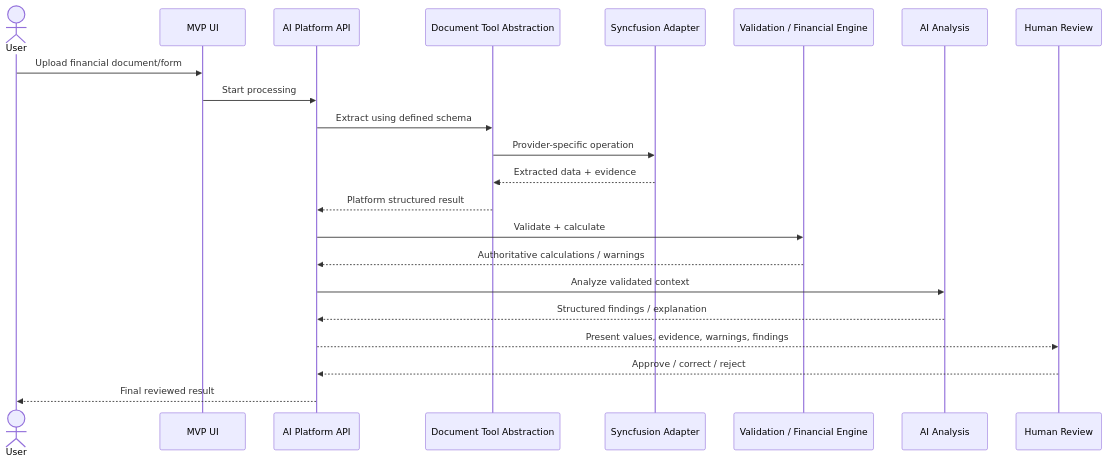
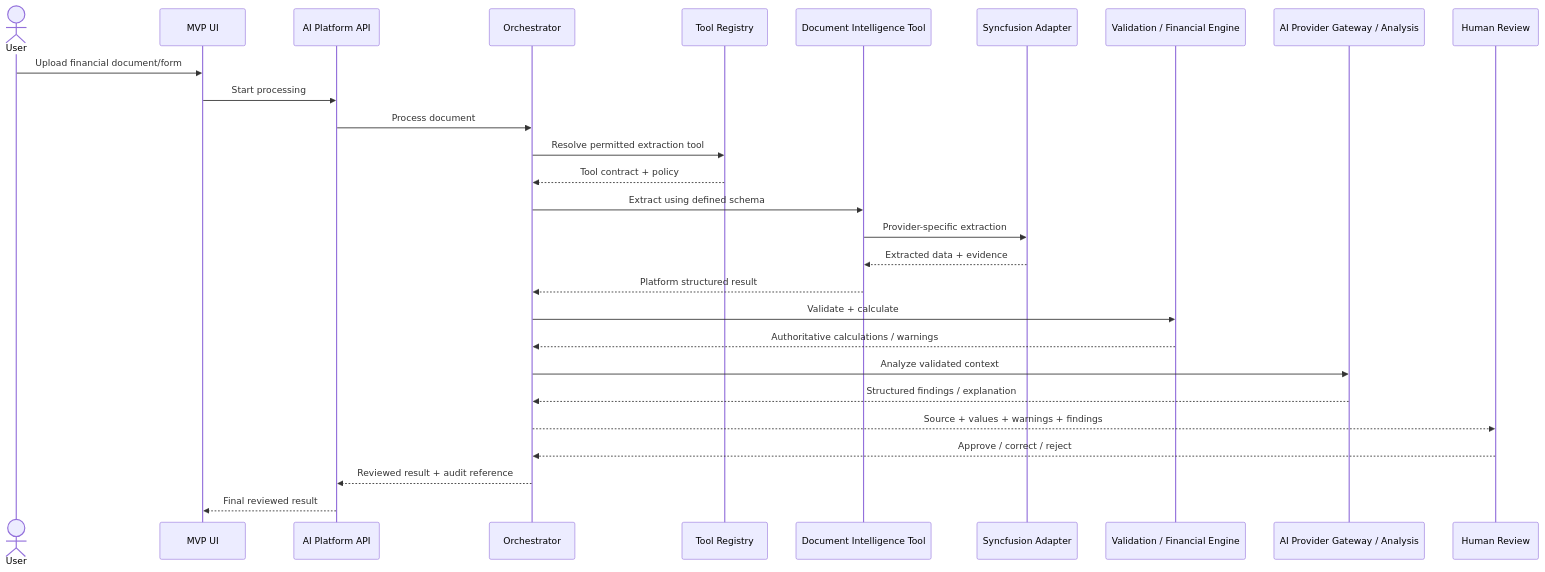
The sixth of 6 diagrams in docs/architecture/Document-Financial-Intelligence.md (Milancho/ai-engineering-playbook), drawn with Mermaid before and after one commit. The commit also changed other lines of this file, not shown here.

Commit message:
docs: refine MVP architecture with tool registry and AI experience boundaries

````diff
--- a/docs/architecture/Document-Financial-Intelligence.md
+++ b/docs/architecture/Document-Financial-Intelligence.md
@@ -102,25 +172,31 @@
 ```mermaid
 sequenceDiagram
     actor User
     participant UI as MVP UI
     participant API as AI Platform API
-    participant Doc as Document Tool Abstraction
+    participant O as Orchestrator
+    participant R as Tool Registry
+    participant Doc as Document Intelligence Tool
     participant SF as Syncfusion Adapter
     participant Val as Validation / Financial Engine
-    participant AI as AI Analysis
+    participant AI as AI Provider Gateway / Analysis
     participant Review as Human Review
 
     User->>UI: Upload financial document/form
     UI->>API: Start processing
-    API->>Doc: Extract using defined schema
-    Doc->>SF: Provider-specific operation
+    API->>O: Process document
+    O->>R: Resolve permitted extraction tool
+    R-->>O: Tool contract + policy
+    O->>Doc: Extract using defined schema
+    Doc->>SF: Provider-specific extraction
     SF-->>Doc: Extracted data + evidence
-    Doc-->>API: Platform structured result
-    API->>Val: Validate + calculate
-    Val-->>API: Authoritative calculations / warnings
-    API->>AI: Analyze validated context
-    AI-->>API: Structured findings / explanation
-    API-->>Review: Present values, evidence, warnings, findings
-    Review-->>API: Approve / correct / reject
-    API-->>User: Final reviewed result
+    Doc-->>O: Platform structured result
+    O->>Val: Validate + calculate
+    Val-->>O: Authoritative calculations / warnings
+    O->>AI: Analyze validated context
+    AI-->>O: Structured findings / explanation
+    O-->>Review: Source + values + warnings + findings
+    Review-->>O: Approve / correct / reject
+    O-->>API: Reviewed result + audit reference
+    API-->>UI: Final reviewed result
 ```
````
